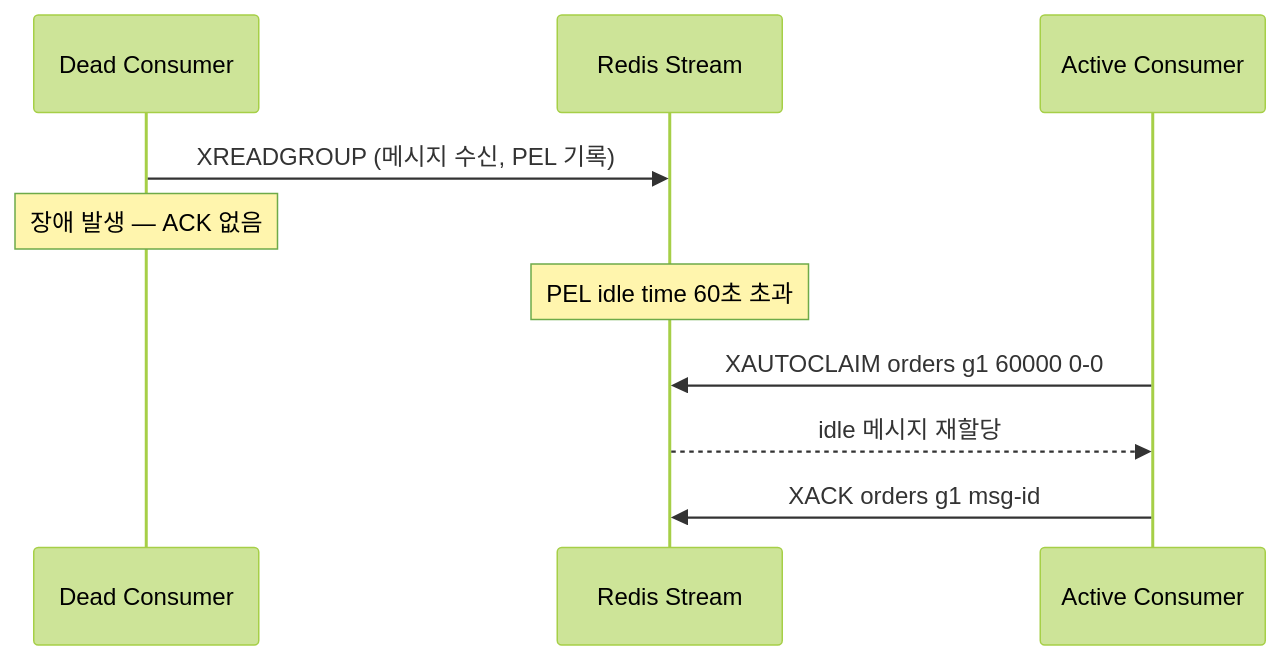
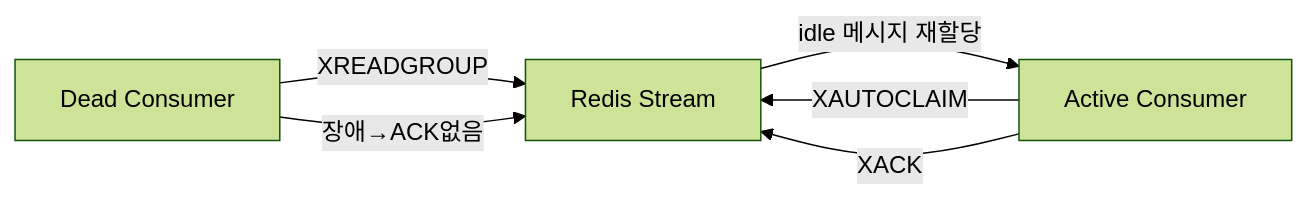
The second of 2 diagrams in _posts/redis/2026-05-11-redis-streams.md (yjkim2015/yjkim2015.github.io), drawn with Mermaid (forest theme) before and after one commit. The commit also changed other lines of this file and 84 other files, not shown here.

First line of the commit message:
85개 포스트 Mermaid 다이어그램 규칙 일괄 수정

````diff
--- a/_posts/redis/2026-05-11-redis-streams.md
+++ b/_posts/redis/2026-05-11-redis-streams.md
@@ -397,12 +393,8 @@
 ```mermaid
-sequenceDiagram
-    participant D as Dead Consumer
-    participant S as Redis Stream
-    participant A as Active Consumer
-    D->>S: XREADGROUP (메시지 수신, PEL 기록)
-    Note over D: 장애 발생 — ACK 없음
-    Note over S: PEL idle time 60초 초과
-    A->>S: XAUTOCLAIM orders g1 60000 0-0
-    S-->>A: idle 메시지 재할당
-    A->>S: XACK orders g1 msg-id
+graph LR
+    D["Dead Consumer"] -->|"XREADGROUP"| S["Redis Stream"]
+    D -->|"장애→ACK없음"| S
+    A["Active Consumer"] -->|"XAUTOCLAIM"| S
+    S -->|"idle 메시지 재할당"| A
+    A -->|"XACK"| S
 ```
````
